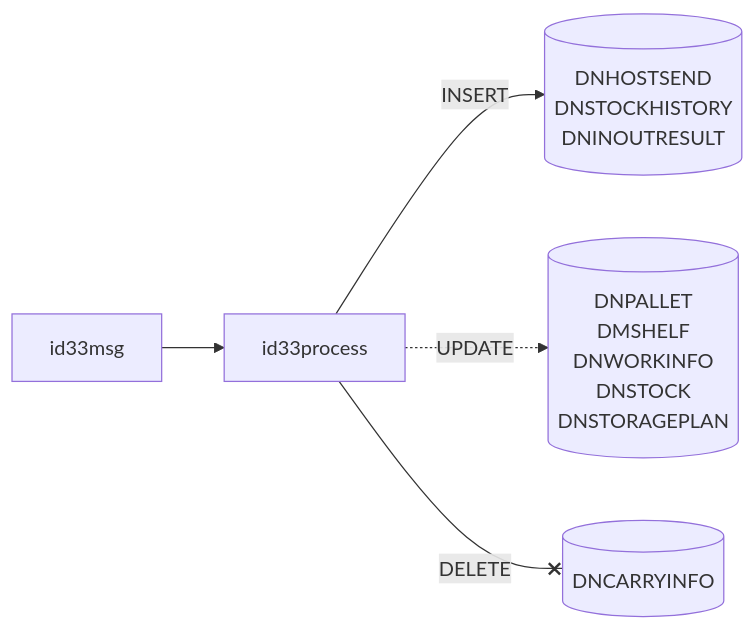
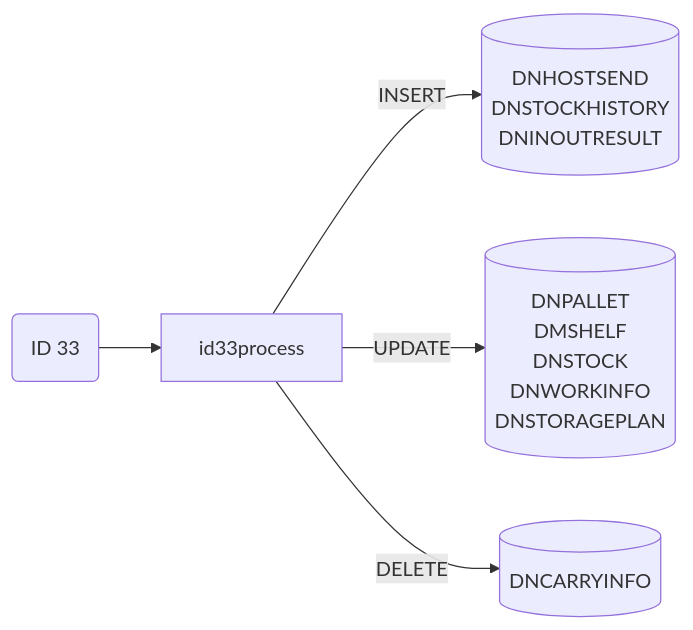
Before and after one commit to luthfiadityaa/SimeDarby-Wiki: the ninth of 9 diagrams in Basic-Design/DFD-WMS/Storage/Planned-Storage-Packaging-Material/Storage-Flow-(Packaging-Material).md, drawn with Mermaid. The commit also changed other lines of this file, not shown here.

Commit message:
Updated Storage Flow (Packaging Material)

```diff
--- a/Basic-Design/DFD-WMS/Storage/Planned-Storage-Packaging-Material/Storage-Flow-(Packaging-Material).md
+++ b/Basic-Design/DFD-WMS/Storage/Planned-Storage-Packaging-Material/Storage-Flow-(Packaging-Material).md
@@ -214,23 +465,28 @@
 ::: mermaid
 flowchart LR
+
+id33("
+ID 33
+")
+
 id33-insert[("
 DNHOSTSEND
 DNSTOCKHISTORY
 DNINOUTRESULT
 ")]
 id33-update[("
 DNPALLET
 DMSHELF
+DNSTOCK
 DNWORKINFO
-DNSTOCK
 DNSTORAGEPLAN
 ")]
 id33-delete[("
 DNCARRYINFO
 ")]
 
-id33msg-->id33process
-id33process--INSERT-->id33-insert
-id33process-.UPDATE.->id33-update
-id33process--DELETE--xid33-delete
+id33-->id33process
+id33process--> |INSERT| id33-insert
+id33process--> |UPDATE| id33-update
+id33process--> |DELETE| id33-delete
 :::
```
